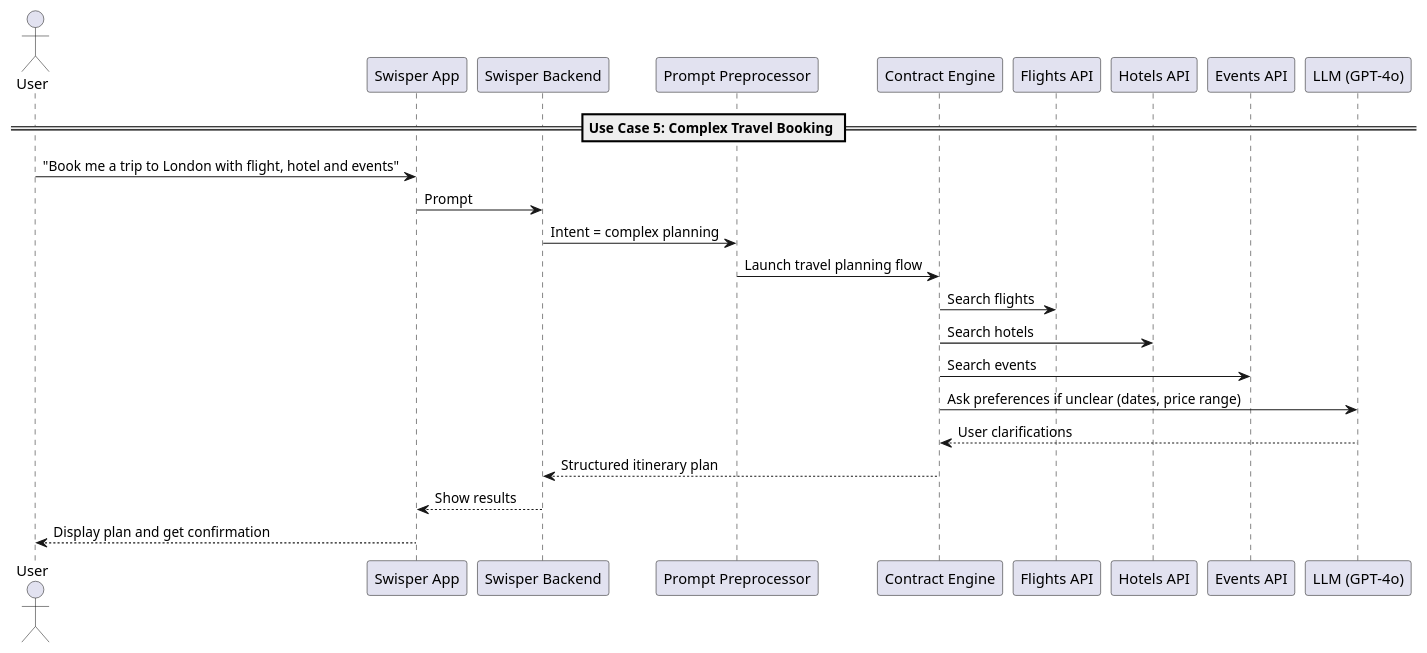
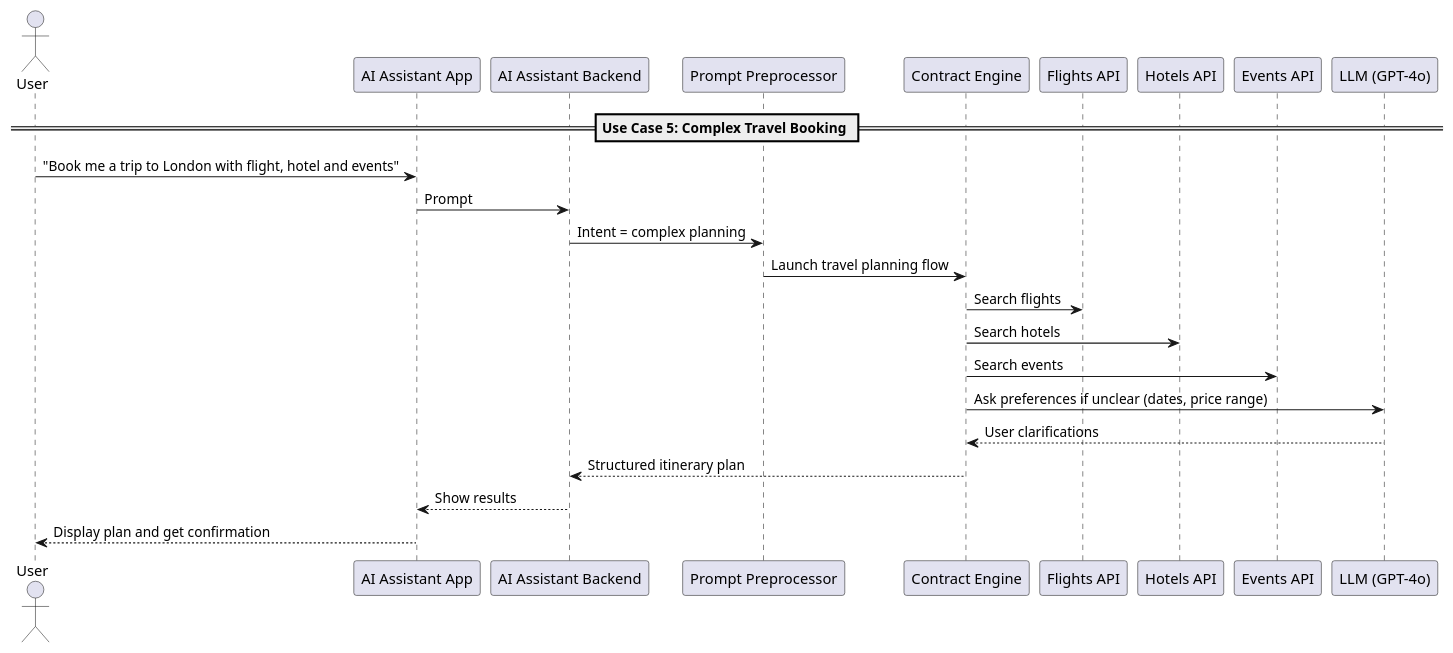
One commit to Sundi1972/Swisper_Core changed the diagram in Architecture/use_case_5_5__complex_travel_booking.puml. Above: the diagram before and after it, drawn with PlantUML. The commit also changed 23 other files, not shown here.

```diff
--- a/Architecture/use_case_5_5__complex_travel_booking.puml
+++ b/Architecture/use_case_5_5__complex_travel_booking.puml
@@ -1,26 +1,26 @@
 @startuml
 == Use Case 5: Complex Travel Booking ==
 actor User
-participant "Swisper App" as App5
-participant "Swisper Backend" as Backend5
+participant "AI Assistant App" as App5
+participant "AI Assistant Backend" as Backend5
 participant "Prompt Preprocessor" as Pre5
 participant "Contract Engine" as Contract5
 participant "Flights API" as Flights
 participant "Hotels API" as Hotels
 participant "Events API" as Events
 participant "LLM (GPT-4o)" as LLM5
 
 User -> App5 : "Book me a trip to London with flight, hotel and events"
 App5 -> Backend5 : Prompt
 Backend5 -> Pre5 : Intent = complex planning
 Pre5 -> Contract5 : Launch travel planning flow
 Contract5 -> Flights : Search flights
 Contract5 -> Hotels : Search hotels
 Contract5 -> Events : Search events
 Contract5 -> LLM5 : Ask preferences if unclear (dates, price range)
 LLM5 --> Contract5 : User clarifications
 Contract5 --> Backend5 : Structured itinerary plan
 Backend5 --> App5 : Show results
 App5 --> User : Display plan and get confirmation
 
 @enduml
```
